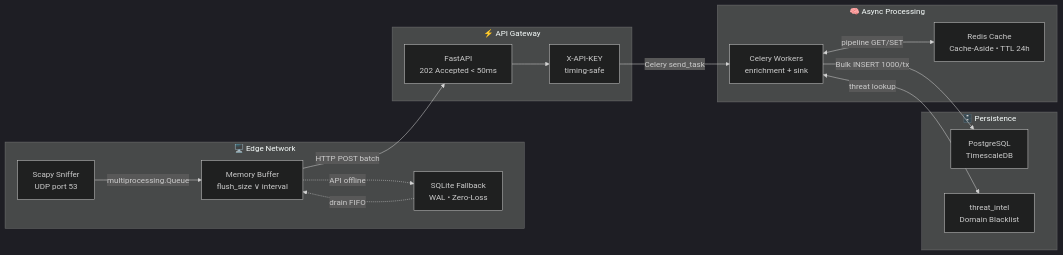
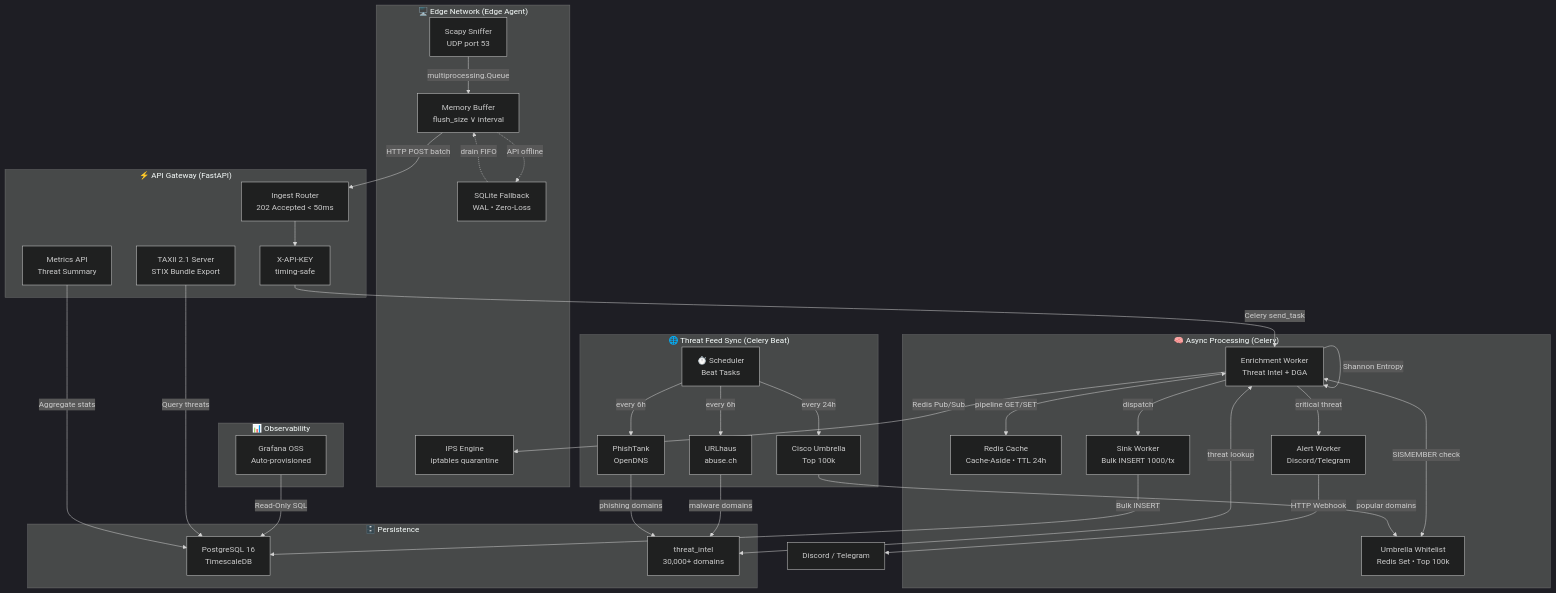
Before and after one commit to soneylegal/novaguard: the diagram in README.md, drawn with Mermaid (dark theme). The commit also changed other lines of this file and 24 other files, not shown here.

First line of the commit message:
feat!: release v2.0.0 — Cisco Umbrella, DGA Density, Automated Feeds & STIX/TAXII 2.1

````diff
--- a/README.md
+++ b/README.md
@@ -21,33 +24,65 @@
 ```mermaid
-flowchart LR
-    subgraph EDGE["🖥️ Edge Network"]
+flowchart TD
+    subgraph Edge ["🖥️ Edge Network (Edge Agent)"]
         SC["Scapy Sniffer<br/>UDP port 53"]
         BUF["Memory Buffer<br/>flush_size ∨ interval"]
         SQL["SQLite Fallback<br/>WAL • Zero-Loss"]
+        IPS["IPS Engine<br/>iptables quarantine"]
     end
 
-    subgraph GW["⚡ API Gateway"]
-        API["FastAPI<br/>202 Accepted < 50ms"]
+    subgraph GW ["⚡ API Gateway (FastAPI)"]
+        API["Ingest Router<br/>202 Accepted < 50ms"]
         AUTH["X-API-KEY<br/>timing-safe"]
+        TAXII["TAXII 2.1 Server<br/>STIX Bundle Export"]
+        METRICS["Metrics API<br/>Threat Summary"]
     end
 
-    subgraph PROC["🧠 Async Processing"]
+    subgraph PROC ["🧠 Async Processing (Celery)"]
         RD["Redis Cache<br/>Cache-Aside • TTL 24h"]
-        CW["Celery Workers<br/>enrichment + sink"]
+        UW["Umbrella Whitelist<br/>Redis Set • Top 100k"]
+        CW["Enrichment Worker<br/>Threat Intel + DGA"]
+        AW["Alert Worker<br/>Discord/Telegram"]
+        SW["Sink Worker<br/>Bulk INSERT 1000/tx"]
     end
 
-    subgraph STORE["🗄️ Persistence"]
-        PG["PostgreSQL<br/>TimescaleDB"]
-        TI["threat_intel<br/>Domain Blacklist"]
+    subgraph FEEDS ["🌐 Threat Feed Sync (Celery Beat)"]
+        BEAT["⏱️ Scheduler<br/>Beat Tasks"]
+        UH["URLhaus<br/>abuse.ch"]
+        PT["PhishTank<br/>OpenDNS"]
+        UM["Cisco Umbrella<br/>Top 100k"]
+    end
+
+    subgraph STORE ["🗄️ Persistence"]
+        PG["PostgreSQL 16<br/>TimescaleDB"]
+        TI["threat_intel<br/>30,000+ domains"]
+    end
+
+    subgraph VIS ["📊 Observability"]
+        GF["Grafana OSS<br/>Auto-provisioned"]
     end
 
     SC -->|"multiprocessing.Queue"| BUF
     BUF -->|"HTTP POST batch"| API
     BUF -.->|"API offline"| SQL
     SQL -.->|"drain FIFO"| BUF
     API --> AUTH
     AUTH -->|"Celery send_task"| CW
     CW <-->|"pipeline GET/SET"| RD
-    CW -->|"Bulk INSERT 1000/tx"| PG
+    CW <-->|"SISMEMBER check"| UW
     CW <-->|"threat lookup"| TI
+    CW -->|"Shannon Entropy"| CW
+    CW -->|"dispatch"| SW
+    CW -->|"critical threat"| AW
+    CW -->|"Redis Pub/Sub"| IPS
+    SW -->|"Bulk INSERT"| PG
+    AW -->|"HTTP Webhook"| WH["Discord / Telegram"]
+    GF -->|"Read-Only SQL"| PG
+    TAXII -->|"Query threats"| PG
+    METRICS -->|"Aggregate stats"| PG
+    BEAT -->|"every 6h"| UH
+    BEAT -->|"every 6h"| PT
+    BEAT -->|"every 24h"| UM
+    UH -->|"malware domains"| TI
+    PT -->|"phishing domains"| TI
+    UM -->|"popular domains"| UW
 ```
````
